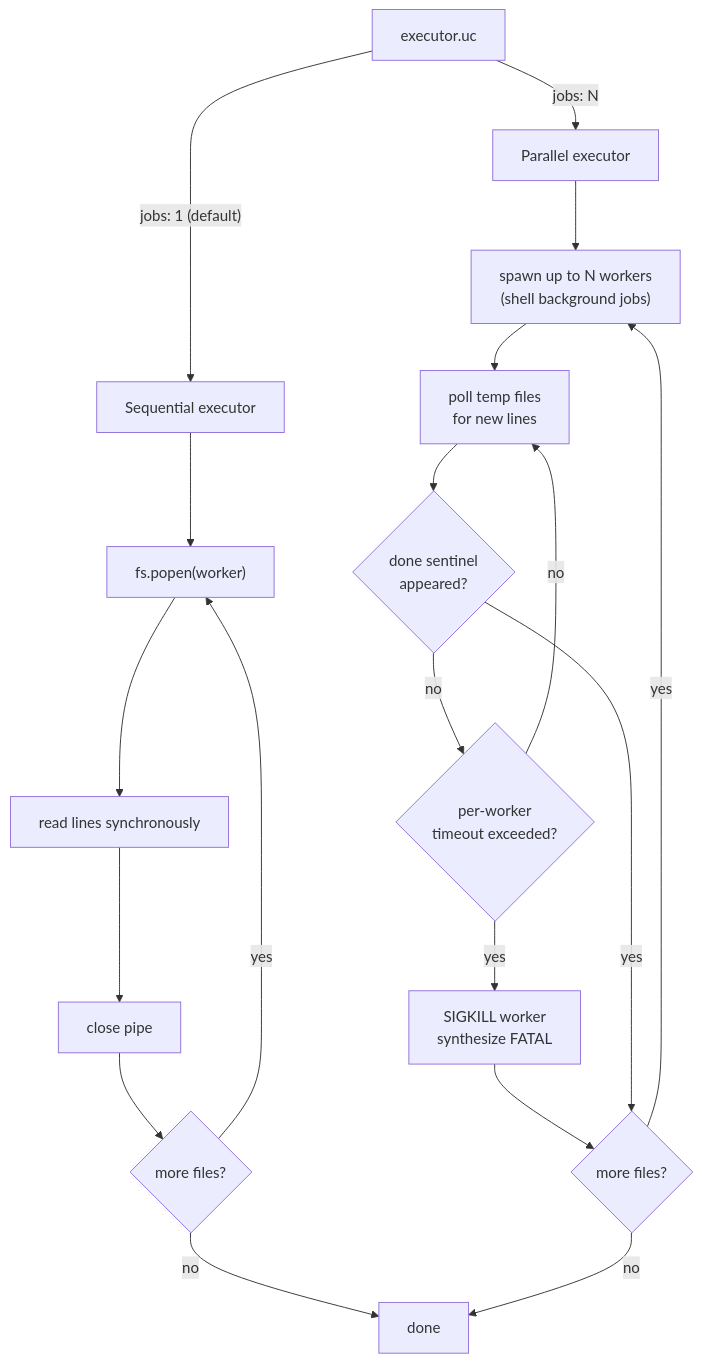
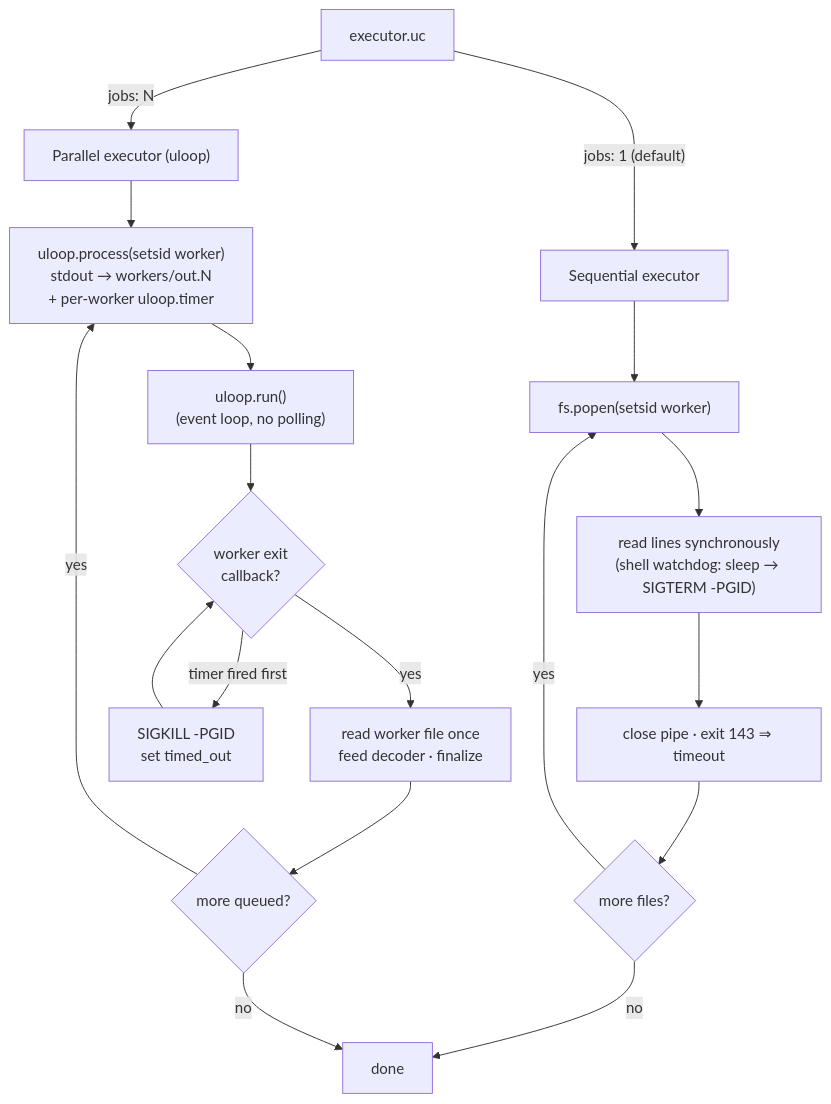
Before and after one commit to m00qek/utest: the second of 2 diagrams in docs/explanation/worker-coordinator.md, drawn with Mermaid. The commit also changed other lines of this file, not shown here.

First line of the commit message:
docs: rewrite worker-coordinator parallel section for the uloop executor

````diff
--- a/docs/explanation/worker-coordinator.md
+++ b/docs/explanation/worker-coordinator.md
@@ -112,23 +129,22 @@
 ```mermaid
 flowchart TD
     A["executor.uc"] -->|"jobs: 1 (default)"| B["Sequential executor"]
-    A -->|"jobs: N"| C["Parallel executor"]
+    A -->|"jobs: N"| C["Parallel executor (uloop)"]
 
-    B --> B1["fs.popen(worker)"]
-    B1 --> B2["read lines synchronously"]
-    B2 --> B3["close pipe"]
+    B --> B1["fs.popen(setsid worker)"]
+    B1 --> B2["read lines synchronously\n(shell watchdog: sleep → SIGTERM -PGID)"]
+    B2 --> B3["close pipe · exit 143 ⇒ timeout"]
     B3 --> B4{"more files?"}
     B4 -->|yes| B1
     B4 -->|no| DONE["done"]
 
-    C --> C1["spawn up to N workers\n(shell background jobs)"]
-    C1 --> C2["poll temp files\nfor new lines"]
-    C2 --> C3{"done sentinel\nappeared?"}
-    C3 -->|no| C4{"per-worker\ntimeout exceeded?"}
-    C4 -->|no| C2
-    C4 -->|yes| C5["SIGKILL worker\nsynthesize FATAL"]
-    C5 --> C6{"more files?"}
-    C3 -->|yes| C6
+    C --> C1["uloop.process(setsid worker)\nstdout → workers/out.N\n+ per-worker uloop.timer"]
+    C1 --> C2["uloop.run()\n(event loop, no polling)"]
+    C2 --> C3{"worker exit\ncallback?"}
+    C3 -->|"timer fired first"| C5["SIGKILL -PGID\nset timed_out"]
+    C5 --> C3
+    C3 -->|yes| C4["read worker file once\nfeed decoder · finalize"]
+    C4 --> C6{"more queued?"}
     C6 -->|yes| C1
     C6 -->|no| DONE
 ```
````
